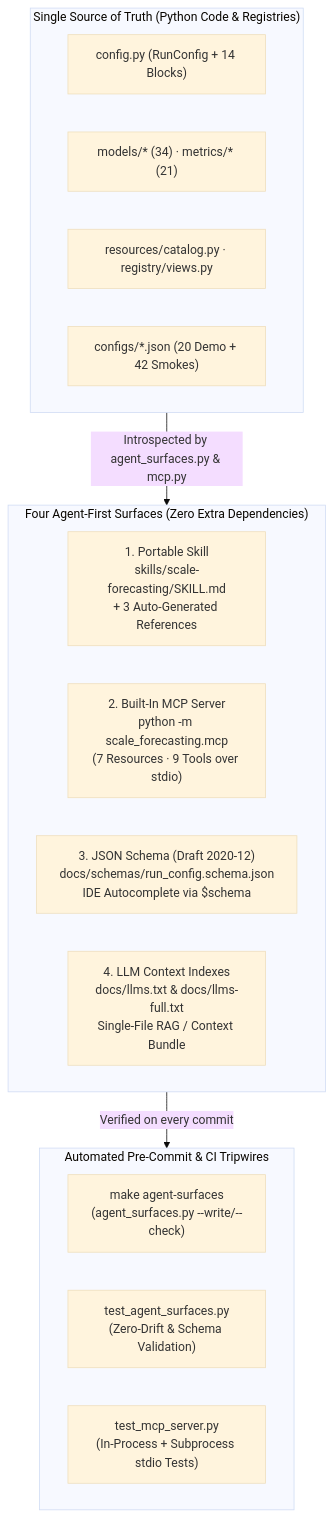
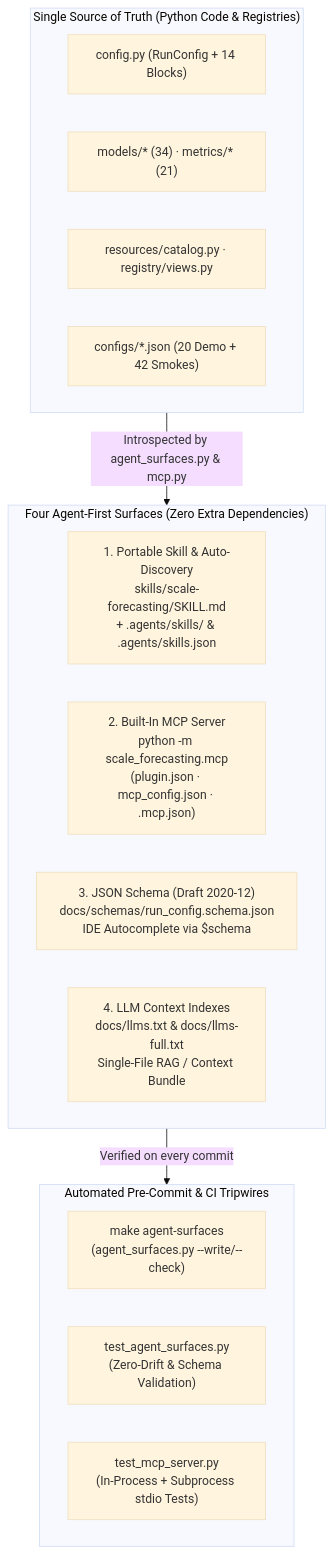
Before and after one commit to statmike/scale-forecasting: the diagram in docs/agent_and_mcp_guide.md, drawn with Mermaid (base theme). The commit also changed other lines of this file and 18 other files, not shown here.

Commit message:
feat(agent): replace gemini-extension.json with Google Antigravity plugin.json, mcp_config.json, .mcp.json & .agents/ auto-discovery

````diff
--- a/docs/agent_and_mcp_guide.md
+++ b/docs/agent_and_mcp_guide.md
@@ -5,28 +5,28 @@
 ```mermaid
 flowchart TB
     subgraph Truth["Single Source of Truth (Python Code & Registries)"]
         direction LR
         T1["config.py (RunConfig + 14 Blocks)"]
         T2["models/* (34) · metrics/* (21)"]
         T3["resources/catalog.py · registry/views.py"]
         T4["configs/*.json (20 Demo + 42 Smokes)"]
     end
 
     subgraph Surfaces["Four Agent-First Surfaces (Zero Extra Dependencies)"]
         direction LR
-        S1["1. Portable Skill<br/>skills/scale-forecasting/SKILL.md<br/>+ 3 Auto-Generated References"]
-        S2["2. Built-In MCP Server<br/>python -m scale_forecasting.mcp<br/>(7 Resources · 9 Tools over stdio)"]
+        S1["1. Portable Skill & Auto-Discovery<br/>skills/scale-forecasting/SKILL.md<br/>+ .agents/skills/ & .agents/skills.json"]
+        S2["2. Built-In MCP Server<br/>python -m scale_forecasting.mcp<br/>(plugin.json · mcp_config.json · .mcp.json)"]
         S3["3. JSON Schema (Draft 2020-12)<br/>docs/schemas/run_config.schema.json<br/>IDE Autocomplete via $schema"]
         S4["4. LLM Context Indexes<br/>docs/llms.txt & docs/llms-full.txt<br/>Single-File RAG / Context Bundle"]
     end
 
     subgraph Guard["Automated Pre-Commit & CI Tripwires"]
         direction LR
         G1["make agent-surfaces<br/>(agent_surfaces.py --write/--check)"]
         G2["test_agent_surfaces.py<br/>(Zero-Drift & Schema Validation)"]
         G3["test_mcp_server.py<br/>(In-Process + Subprocess stdio Tests)"]
     end
 
     Truth -->|"Introspected by agent_surfaces.py & mcp.py"| Surfaces
     Surfaces -->|"Verified on every commit"| Guard
 ```
````
